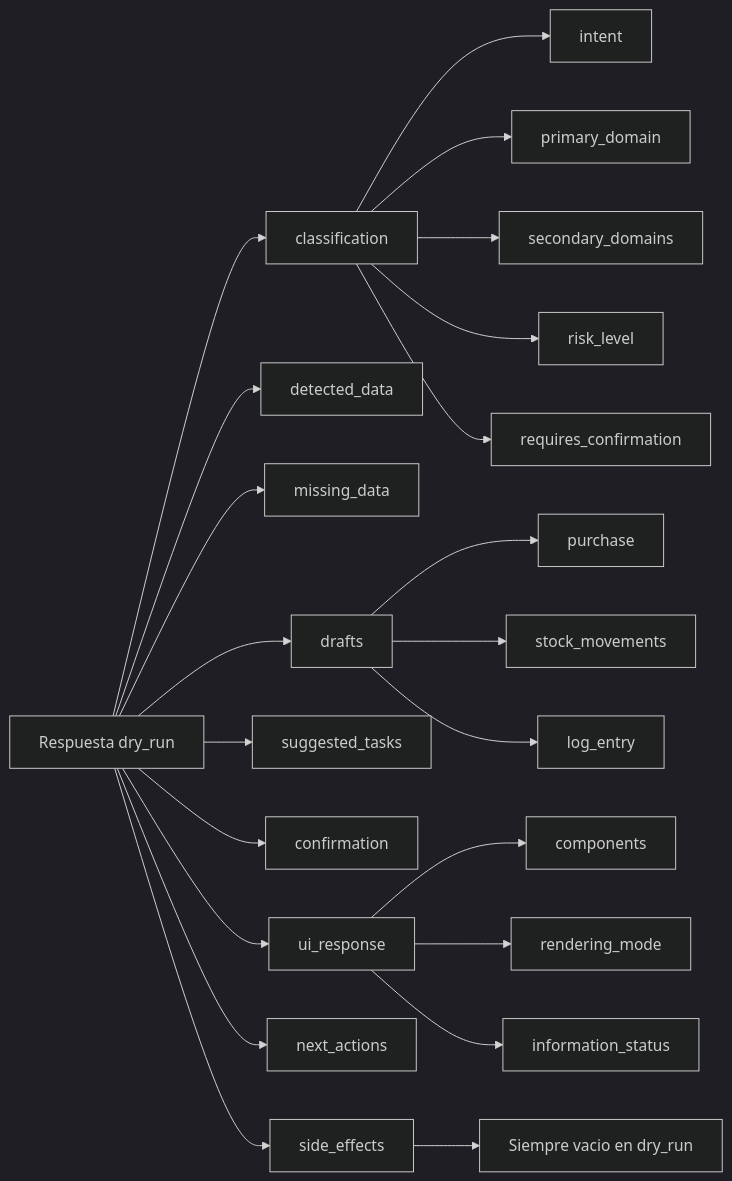
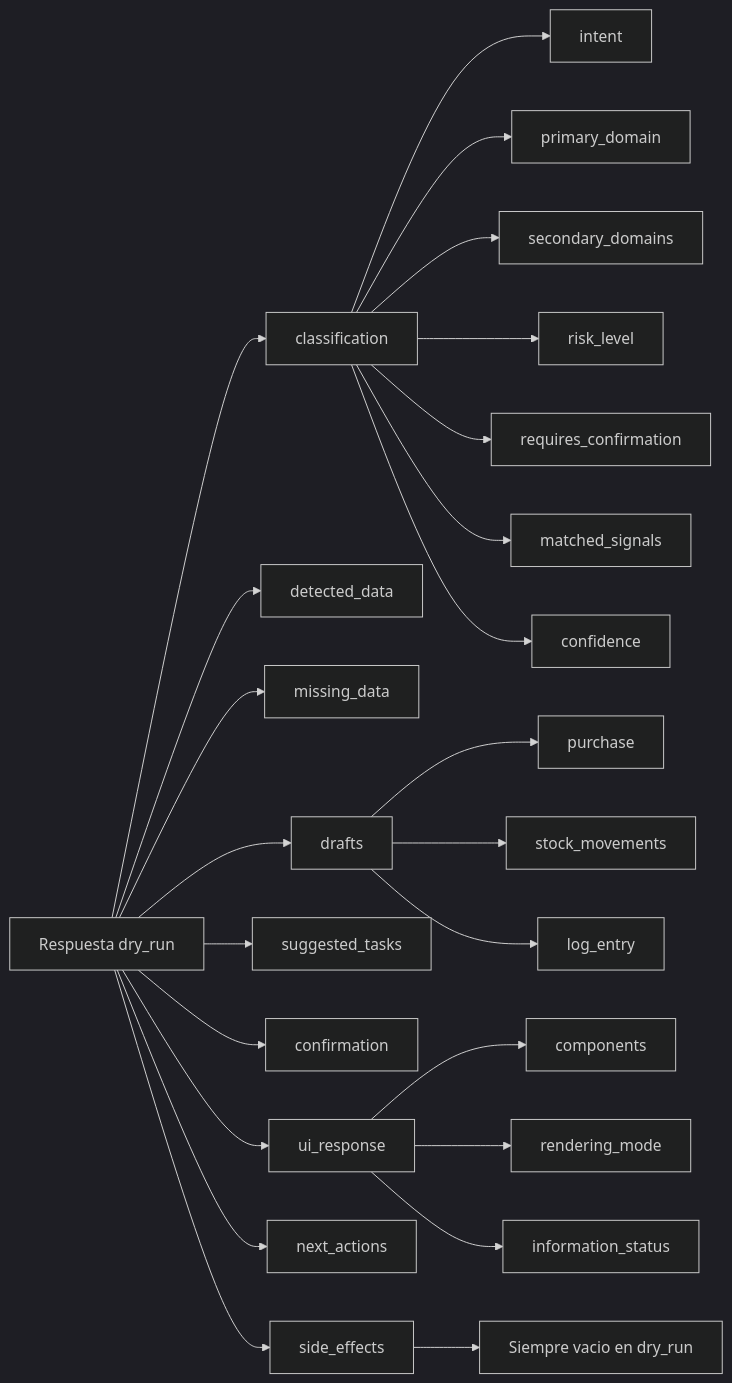
One commit to nbenitz/granja-luna-agent changed the third of 3 diagrams in runtime/docs/granja-dry-run-flow.md. Above: the diagram before and after it, drawn with Mermaid (dark theme). The commit also changed other lines of this file and 12 other files, not shown here.

````diff
--- a/runtime/docs/granja-dry-run-flow.md
+++ b/runtime/docs/granja-dry-run-flow.md
@@ -109,28 +109,30 @@
 ```mermaid
 flowchart LR
     A[Respuesta dry_run] --> B[classification]
     A --> C[detected_data]
     A --> D[missing_data]
     A --> E[drafts]
     A --> F[suggested_tasks]
     A --> G[confirmation]
     A --> H[ui_response]
     A --> I[next_actions]
     A --> J[side_effects]
 
     B --> B1[intent]
     B --> B2[primary_domain]
     B --> B3[secondary_domains]
     B --> B4[risk_level]
     B --> B5[requires_confirmation]
+    B --> B6[matched_signals]
+    B --> B7[confidence]
 
     E --> E1[purchase]
     E --> E2[stock_movements]
     E --> E3[log_entry]
 
     H --> H1[components]
     H --> H2[rendering_mode]
     H --> H3[information_status]
 
     J --> J1[Siempre vacio en dry_run]
 ```
````
